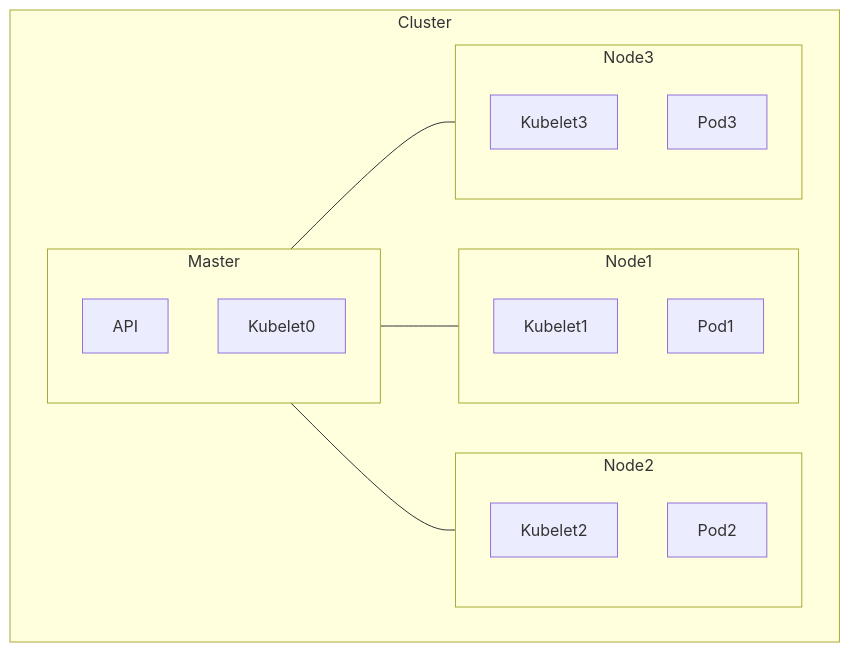
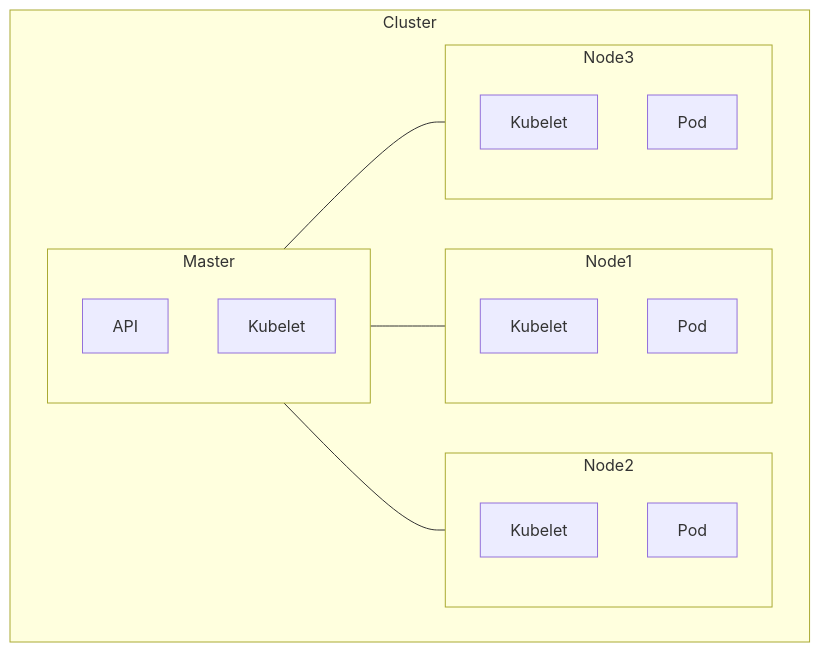
The diagram in Virtualisation/Containers/Kubernetes/K8s_commands.md (Ylaaan/YNR), drawn with Mermaid before and after one commit. The commit also changed other lines of this file and 1 other file, not shown here.

Commit message:
Added graphs

````diff
--- a/Virtualisation/Containers/Kubernetes/K8s_commands.md
+++ b/Virtualisation/Containers/Kubernetes/K8s_commands.md
@@ -9,22 +7,22 @@
 ```mermaid
 flowchart TD
     subgraph Cluster
         subgraph Master
-        API
-        Kubelet0
+            API
+            Kubelet0["Kubelet"]
+        end
+        subgraph Node1
+            Kubelet1["Kubelet"]
+            Pod1["Pod"]
+        end
+        subgraph Node2
+            Kubelet2["Kubelet"]
+            Pod2["Pod"]
+        end
+        subgraph Node3
+            Kubelet3["Kubelet"]
+            Pod3["Pod"]
         end
         Master --- Node1 & Node2 & Node3
-        subgraph Node1
-        Kubelet1
-        Pod1
-        end
-        subgraph Node2
-        Kubelet2
-        Pod2
-        end
-        subgraph Node3
-        Kubelet3
-        Pod3
-        end
     end
 ```
````
